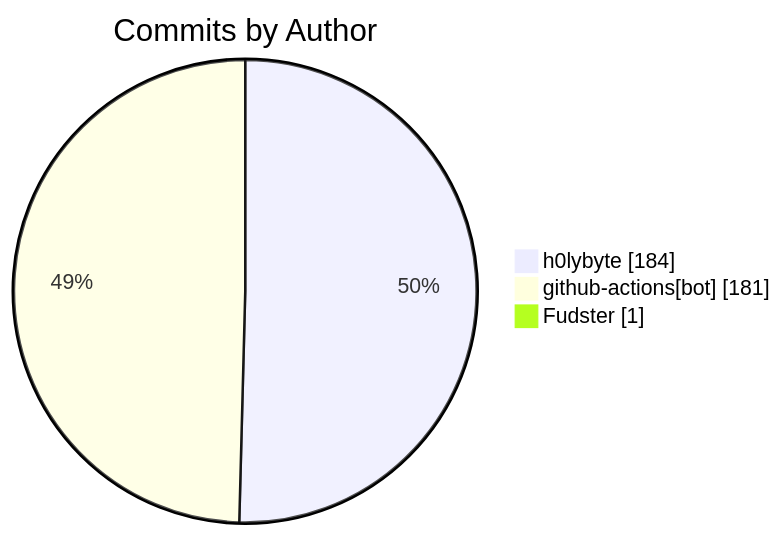
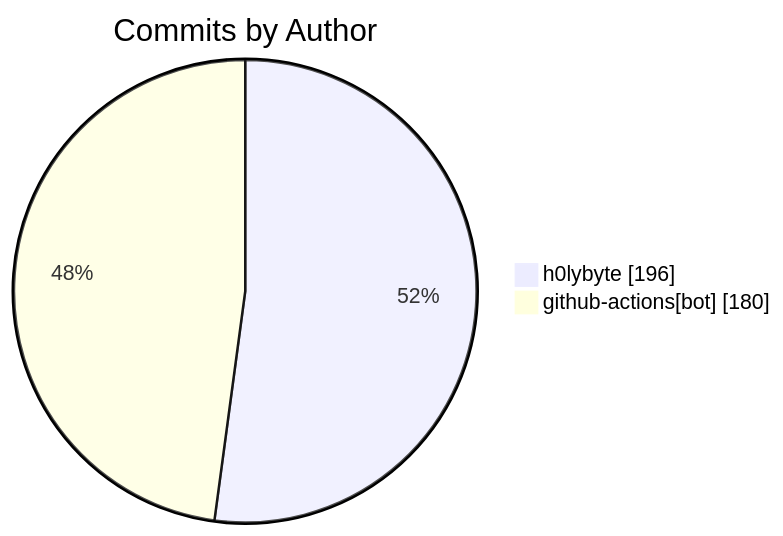
Before and after one commit to KBVE/kbve: the diagram in apps/kbve/astro-kbve/src/content/docs/dashboard/activity.mdx, drawn with Mermaid. The commit also changed other lines of this file and 1 other file, not shown here.

````diff
--- a/apps/kbve/astro-kbve/src/content/docs/dashboard/activity.mdx
+++ b/apps/kbve/astro-kbve/src/content/docs/dashboard/activity.mdx
@@ -126,7 +116,6 @@
 ```mermaid
 pie showData
     title Commits by Author
-    "h0lybyte" : 184
-    "github-actions[bot]" : 181
-    "Fudster" : 1
+    "h0lybyte" : 196
+    "github-actions[bot]" : 180
 ```
````
